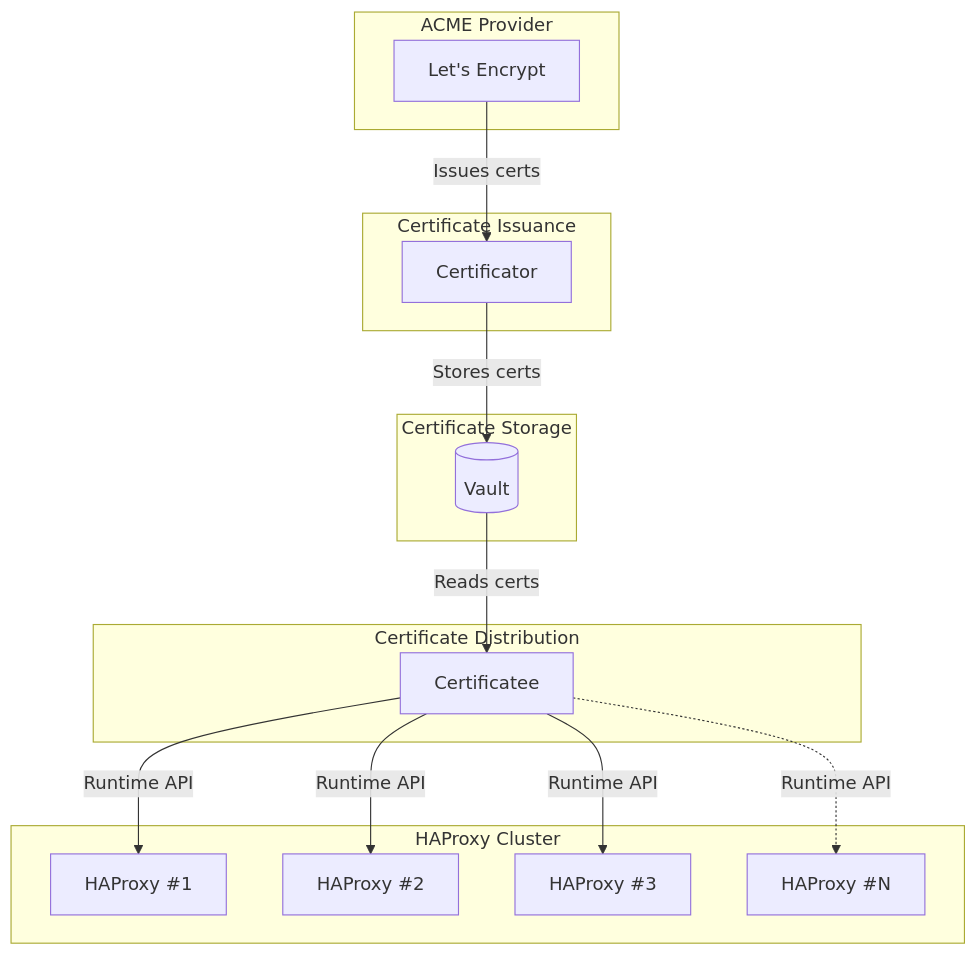
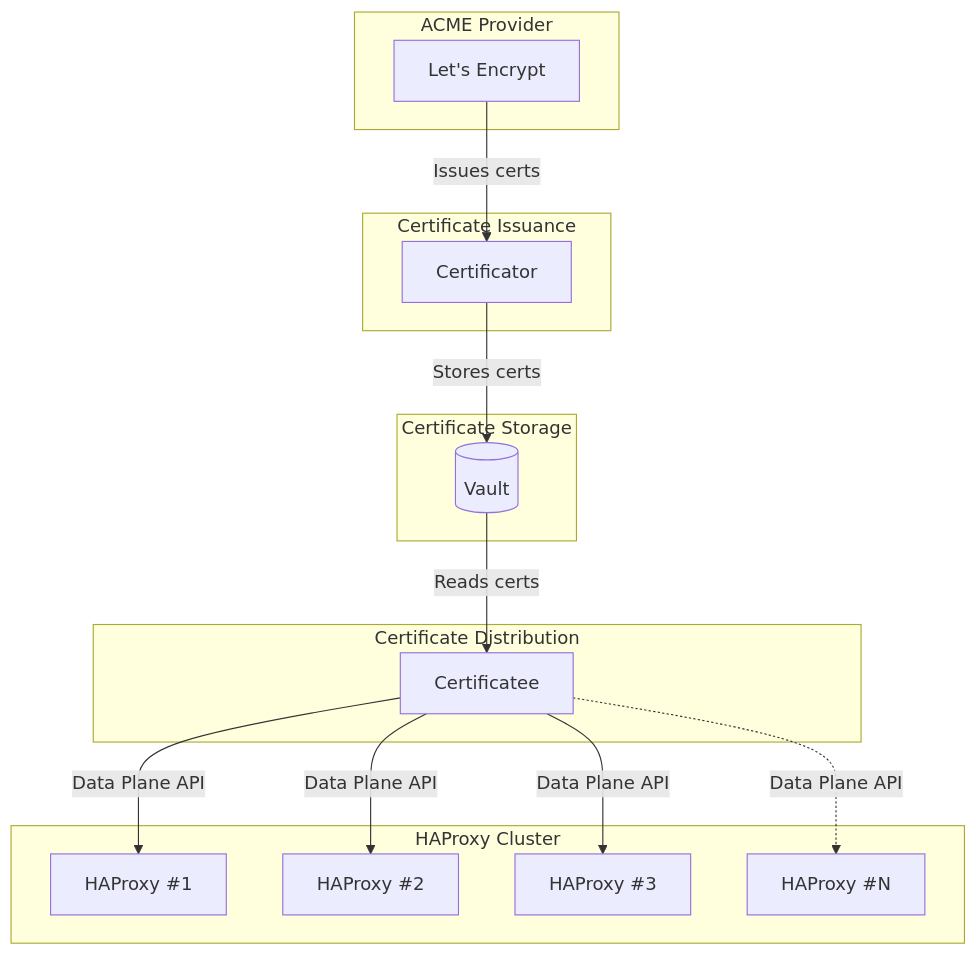
Before and after one commit to rpcpool/certificator: the diagram in README.md, drawn with Mermaid. The commit also changed other lines of this file and 4 other files, not shown here.

````diff
--- a/README.md
+++ b/README.md
@@ -123,33 +135,33 @@
 ```mermaid
 flowchart TB
     subgraph ACME["ACME Provider"]
         LE[Let's Encrypt]
     end
 
     subgraph Storage["Certificate Storage"]
         Vault[(Vault)]
     end
 
     subgraph Issuance["Certificate Issuance"]
         Certificator[Certificator]
     end
 
     subgraph Distribution["Certificate Distribution"]
         Certificatee[Certificatee]
     end
 
     subgraph HAProxyCluster["HAProxy Cluster"]
         HAProxy1[HAProxy #1]
         HAProxy2[HAProxy #2]
         HAProxy3[HAProxy #3]
         HAProxyN[HAProxy #N]
     end
 
     LE -->|Issues certs| Certificator
     Certificator -->|Stores certs| Vault
     Vault -->|Reads certs| Certificatee
-    Certificatee -->|Runtime API| HAProxy1
-    Certificatee -->|Runtime API| HAProxy2
-    Certificatee -->|Runtime API| HAProxy3
-    Certificatee -.->|Runtime API| HAProxyN
+    Certificatee -->|Data Plane API| HAProxy1
+    Certificatee -->|Data Plane API| HAProxy2
+    Certificatee -->|Data Plane API| HAProxy3
+    Certificatee -.->|Data Plane API| HAProxyN
 ```
````
